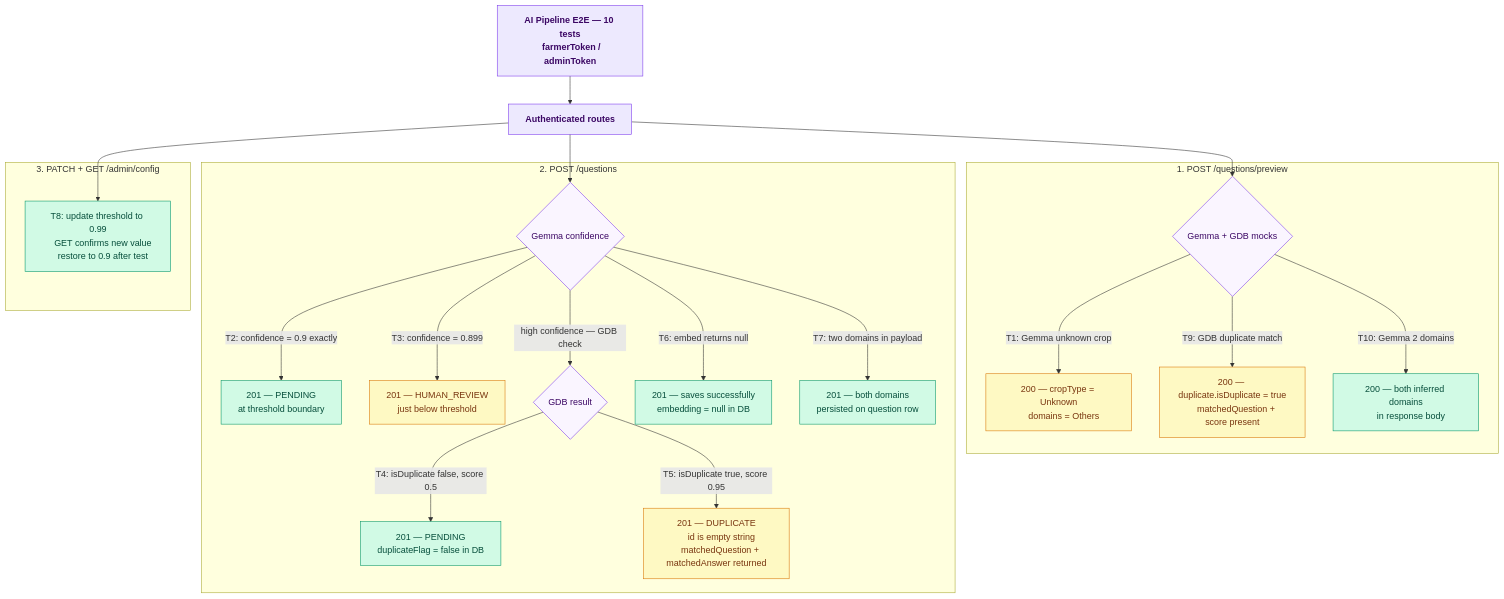
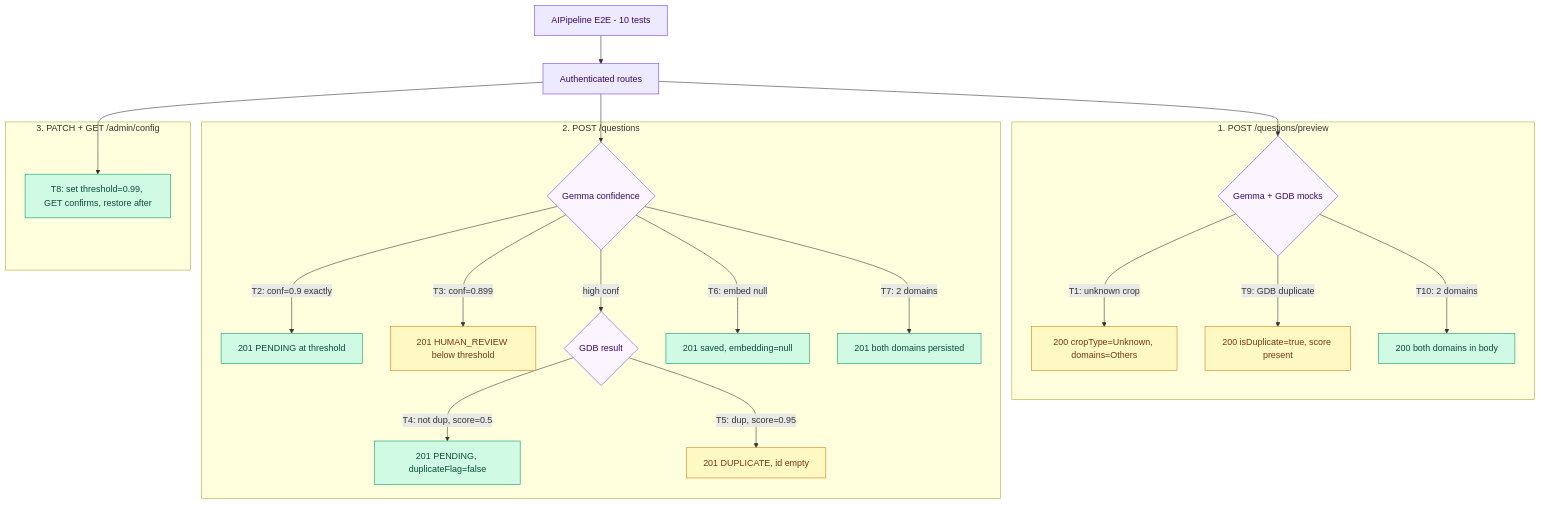
Before and after one commit to vicharanashala/question_collection_platform: the diagram in backend/test/e2e/ai-pipeline/AIPipeline.e2e.md, drawn with Mermaid. The commit also changed 3 other files, not shown here.

Commit message:
add wallet flow

````diff
--- a/backend/test/e2e/ai-pipeline/AIPipeline.e2e.md
+++ b/backend/test/e2e/ai-pipeline/AIPipeline.e2e.md
@@ -50,64 +50,38 @@
 ```mermaid
 flowchart TD
-  classDef entry  fill:#ede9fe,stroke:#7c3aed,color:#3b0764,font-weight:bold
-  classDef ok     fill:#d1fae5,stroke:#059669,color:#064e3b
-  classDef warn   fill:#fef9c3,stroke:#d97706,color:#78350f
-  classDef err    fill:#fee2e2,stroke:#dc2626,color:#7f1d1d
+  classDef entry fill:#ede9fe,stroke:#7c3aed,color:#3b0764
+  classDef ok    fill:#d1fae5,stroke:#059669,color:#064e3b
+  classDef warn  fill:#fef9c3,stroke:#d97706,color:#78350f
+  classDef err   fill:#fee2e2,stroke:#dc2626,color:#7f1d1d
   classDef decide fill:#faf5ff,stroke:#7c3aed,color:#3b0764
 
-  ROOT["AI Pipeline E2E — 10 tests
-  farmerToken / adminToken"]:::entry
+  ROOT["AIPipeline E2E - 10 tests"]:::entry
 
   ROOT --> ROUTES["Authenticated routes"]:::entry
 
   ROUTES --> PV
   ROUTES --> CONF
   ROUTES --> ADM
 
-  %% ── 1. PREVIEW ──────────────────────────────────────────────────────────────
   subgraph PREVIEW ["1. POST /questions/preview"]
     PV{"Gemma + GDB mocks"}:::decide
-
-    PV -- "T1: Gemma unknown crop" --> PR_UNKNOWN["200 — cropType = Unknown
-    domains = Others"]:::warn
-
-    PV -- "T9: GDB duplicate match" --> PR_DUP["200 — duplicate.isDuplicate = true
-    matchedQuestion + score present"]:::warn
-
-    PV -- "T10: Gemma 2 domains" --> PR_MULTI["200 — both inferred domains
-    in response body"]:::ok
+    PV -- "T1: unknown crop" --> PR_UNKNOWN["200 cropType=Unknown, domains=Others"]:::warn
+    PV -- "T9: GDB duplicate" --> PR_DUP["200 isDuplicate=true, score present"]:::warn
+    PV -- "T10: 2 domains" --> PR_MULTI["200 both domains in body"]:::ok
   end
 
-  %% ── 2. SUBMIT ────────────────────────────────────────────────────────────────
   subgraph SUBMIT ["2. POST /questions"]
     CONF{"Gemma confidence"}:::decide
-
-    CONF -- "T2: confidence = 0.9 exactly" --> PEND["201 — PENDING
-    at threshold boundary"]:::ok
-
-    CONF -- "T3: confidence = 0.899" --> HRV["201 — HUMAN_REVIEW
-    just below threshold"]:::warn
-
-    CONF -- "high confidence — GDB check" --> GDBD{"GDB result"}:::decide
-
-    GDBD -- "T4: isDuplicate false, score 0.5" --> NOT_DUP["201 — PENDING
-    duplicateFlag = false in DB"]:::ok
-
-    GDBD -- "T5: isDuplicate true, score 0.95" --> DUP["201 — DUPLICATE
-    id is empty string
-    matchedQuestion + matchedAnswer returned"]:::warn
-
-    CONF -- "T6: embed returns null" --> EMBED_NULL["201 — saves successfully
-    embedding = null in DB"]:::ok
-
-    CONF -- "T7: two domains in payload" --> MULTI_DOM["201 — both domains
-    persisted on question row"]:::ok
+    CONF -- "T2: conf=0.9 exactly" --> PEND["201 PENDING at threshold"]:::ok
+    CONF -- "T3: conf=0.899" --> HRV["201 HUMAN_REVIEW below threshold"]:::warn
+    CONF -- "high conf" --> GDBD{"GDB result"}:::decide
+    GDBD -- "T4: not dup, score=0.5" --> NOT_DUP["201 PENDING, duplicateFlag=false"]:::ok
+    GDBD -- "T5: dup, score=0.95" --> DUP["201 DUPLICATE, id empty"]:::warn
+    CONF -- "T6: embed null" --> EMBED_NULL["201 saved, embedding=null"]:::ok
+    CONF -- "T7: 2 domains" --> MULTI_DOM["201 both domains persisted"]:::ok
   end
 
-  %% ── 3. ADMIN CONFIG ─────────────────────────────────────────────────────────
   subgraph CONFIG ["3. PATCH + GET /admin/config"]
-    ADM["T8: update threshold to 0.99
-    GET confirms new value
-    restore to 0.9 after test"]:::ok
+    ADM["T8: set threshold=0.99, GET confirms, restore after"]:::ok
   end
 ```
````
